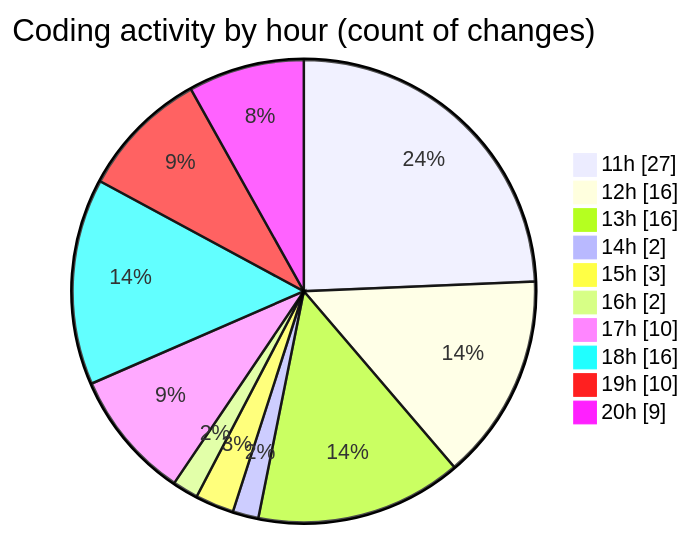
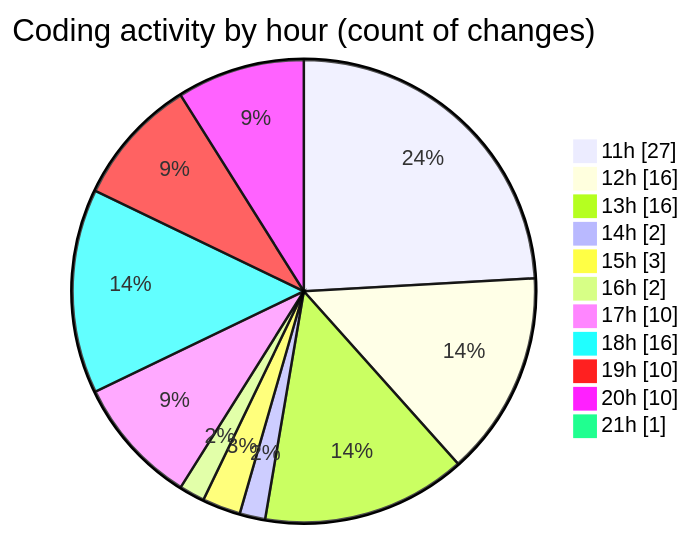
One commit to MatusMokan/code-tracking changed the second of 2 diagrams in 2025-04-18/myws__workspace_/README.md. Above: the diagram before and after it, drawn with Mermaid. The commit also changed other lines of this file and 1 other file, not shown here.

````diff
--- a/2025-04-18/myws__workspace_/README.md
+++ b/2025-04-18/myws__workspace_/README.md
@@ -35,14 +35,15 @@
 ```mermaid
 pie showData
 title Coding activity by hour (count of changes)
 "11h" : 27
 "12h" : 16
 "13h" : 16
 "14h" : 2
 "15h" : 3
 "16h" : 2
 "17h" : 10
 "18h" : 16
 "19h" : 10
-"20h" : 9
+"20h" : 10
+"21h" : 1
 ```
````
